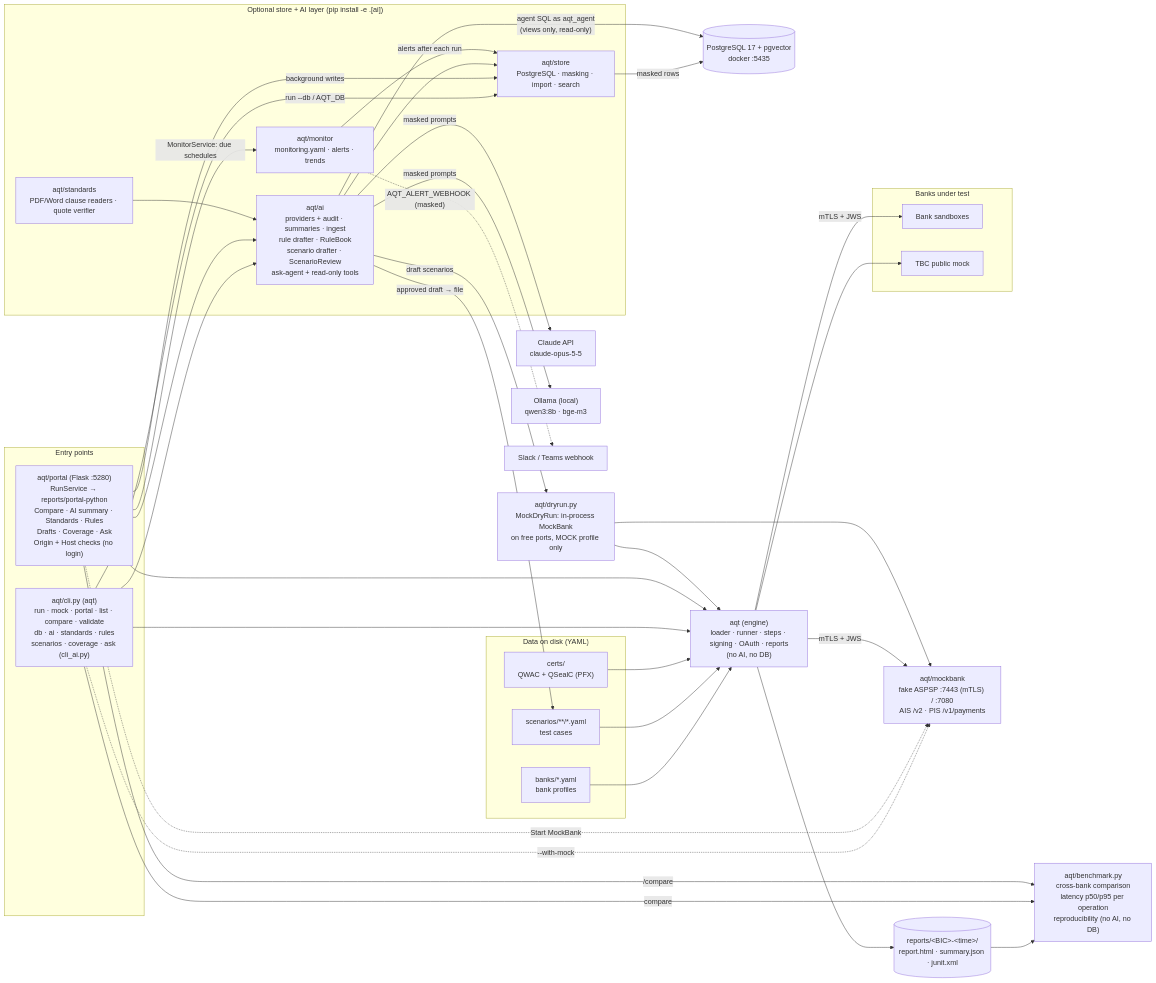
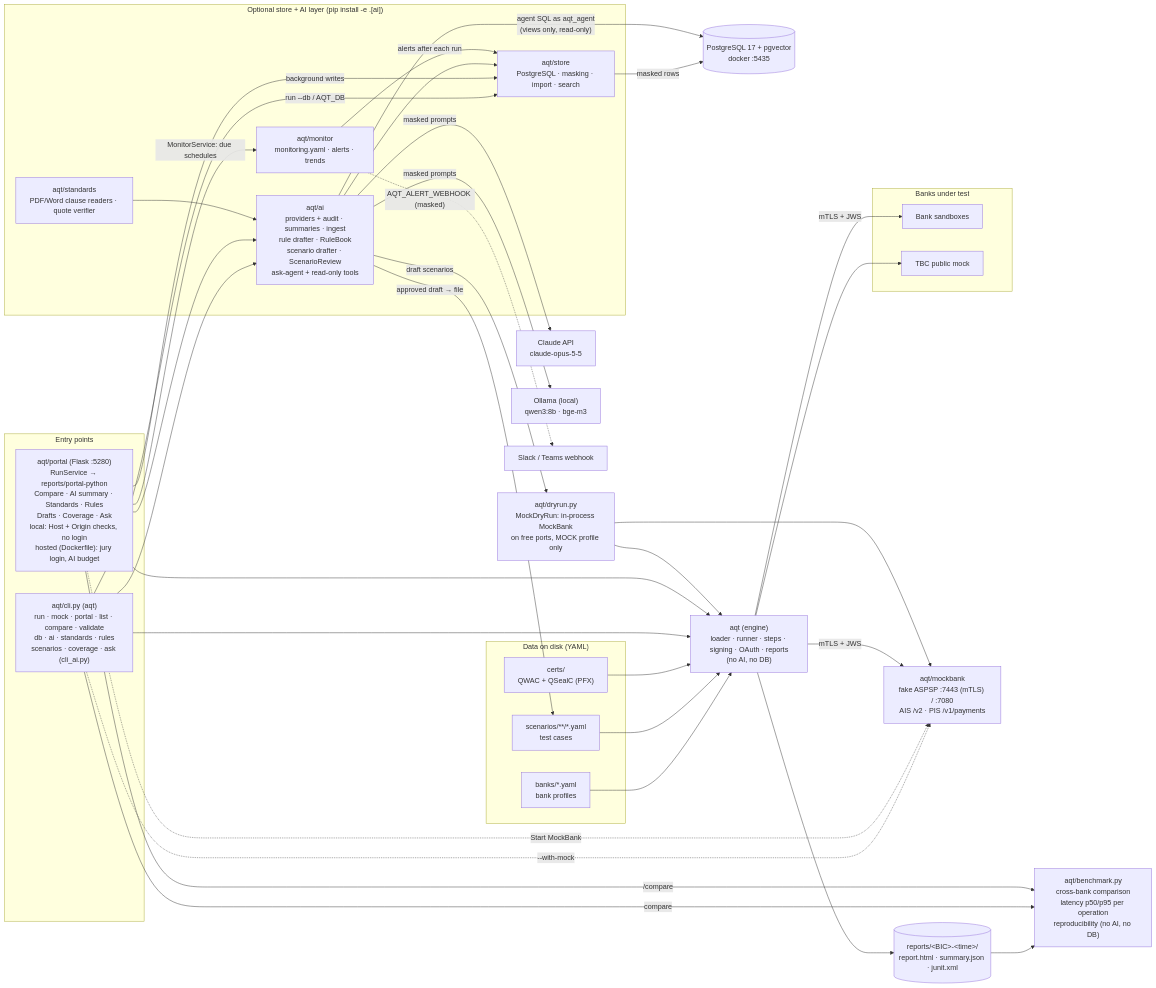
Before and after one commit to levan-petrosiani/Aurasoft-Monitoring: the first of 12 diagrams in ARCHITECTURE.md, drawn with Mermaid. The commit also changed other lines of this file and 9 other files, not shown here.

Commit message:
Hosting the portal: jury mode (public host names, login, daily AI cap), Dockerfile, README deploy and data-copy steps

````diff
--- a/ARCHITECTURE.md
+++ b/ARCHITECTURE.md
@@ -13,67 +13,67 @@
 ```mermaid
 flowchart LR
     subgraph Inputs["Data on disk (YAML)"]
         Banks["banks/*.yaml<br/>bank profiles"]
         Scen["scenarios/**/*.yaml<br/>test cases"]
         Certs["certs/<br/>QWAC + QSealC (PFX)"]
     end
 
     subgraph Hosts["Entry points"]
         Cli["aqt/cli.py (aqt)<br/>run · mock · portal · list · compare · validate<br/>db · ai · standards · rules<br/>scenarios · coverage · ask (cli_ai.py)"]
-        Portal["aqt/portal (Flask :5280)<br/>RunService → reports/portal-python<br/>Compare · AI summary · Standards · Rules<br/>Drafts · Coverage · Ask<br/>Origin + Host checks (no login)"]
+        Portal["aqt/portal (Flask :5280)<br/>RunService → reports/portal-python<br/>Compare · AI summary · Standards · Rules<br/>Drafts · Coverage · Ask<br/>local: Host + Origin checks, no login<br/>hosted (Dockerfile): jury login, AI budget"]
     end
 
     subgraph AiLayer["Optional store + AI layer (pip install -e .[ai])"]
         Store["aqt/store<br/>PostgreSQL · masking · import · search"]
         Std["aqt/standards<br/>PDF/Word clause readers · quote verifier"]
         Mon["aqt/monitor<br/>monitoring.yaml · alerts · trends"]
         AI["aqt/ai<br/>providers + audit · summaries · ingest<br/>rule drafter · RuleBook<br/>scenario drafter · ScenarioReview<br/>ask-agent + read-only tools"]
     end
     PG[("PostgreSQL 17 + pgvector<br/>docker :5435")]
     Claude["Claude API<br/>claude-opus-5-5"]
     Ollama["Ollama (local)<br/>qwen3:8b · bge-m3"]
 
     Engine["aqt (engine)<br/>loader · runner · steps · signing · OAuth · reports<br/>(no AI, no DB)"]
     Mock["aqt/mockbank<br/>fake ASPSP :7443 (mTLS) / :7080<br/>AIS /v2 · PIS /v1/payments"]
     Dry["aqt/dryrun.py<br/>MockDryRun: in-process MockBank<br/>on free ports, MOCK profile only"]
     Reports[("reports/&lt;BIC&gt;-&lt;time&gt;/<br/>report.html · summary.json · junit.xml")]
     Bench["aqt/benchmark.py<br/>cross-bank comparison<br/>latency p50/p95 per operation<br/>reproducibility (no AI, no DB)"]
 
     subgraph Targets["Banks under test"]
         Real["Bank sandboxes"]
         TbcMock["TBC public mock"]
     end
 
     Banks --> Engine
     Scen --> Engine
     Certs --> Engine
     Cli --> Engine
     Portal --> Engine
     Cli -. "--with-mock" .-> Mock
     Portal -. "Start MockBank" .-> Mock
     Engine -- "mTLS + JWS" --> Mock
     Engine -- "mTLS + JWS" --> Real
     Engine --> TbcMock
     Engine --> Reports
     Reports --> Bench
     Cli -- "compare" --> Bench
     Portal -- "/compare" --> Bench
 
     Cli -- "run --db / AQT_DB" --> Store
     Portal -- "background writes" --> Store
     Cli --> AI
     Portal --> AI
     Std --> AI
     AI -- "draft scenarios" --> Dry
     Dry --> Engine
     Dry --> Mock
     AI -- "approved draft → file" --> Scen
     AI --> Store
     Store -- "masked rows" --> PG
     Portal -- "MonitorService: due schedules" --> Mon
     Mon -- "alerts after each run" --> Store
     Mon -. "AQT_ALERT_WEBHOOK (masked)" .-> Hook["Slack / Teams webhook"]
     AI -- "agent SQL as aqt_agent<br/>(views only, read-only)" --> PG
     AI -- "masked prompts" --> Claude
     AI -- "masked prompts" --> Ollama
 ```
````
